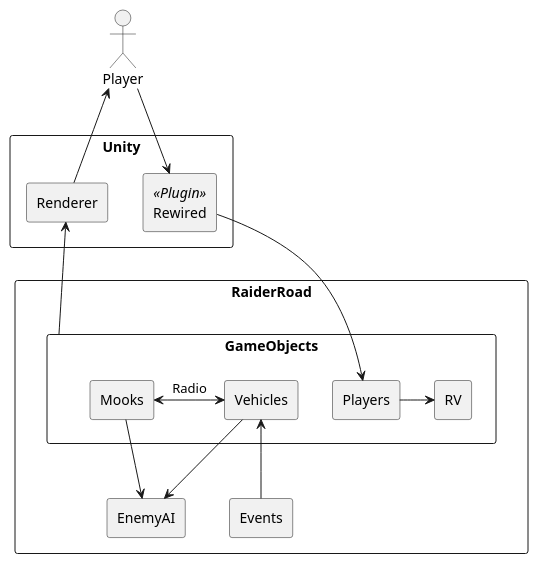
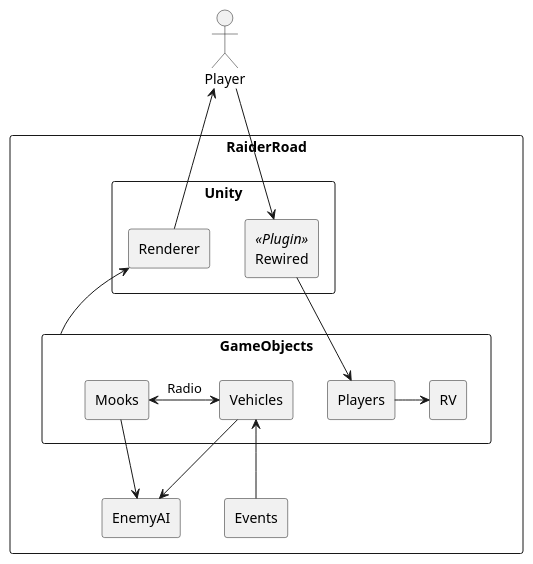
Before and after one commit to OutOfHandInteractive/RaiderRoad: the diagram in RaiderRoad/Assets/Scripts/docs/Architecture.puml, drawn with PlantUML.

Commit message:
Architecture Diagram updated

```diff
--- a/RaiderRoad/Assets/Scripts/docs/Architecture.puml
+++ b/RaiderRoad/Assets/Scripts/docs/Architecture.puml
@@ -1,33 +1,34 @@
 @startuml
 '' Architecture
 
 actor Player
 
-rectangle Unity {
-	rectangle Renderer
-	rectangle Rewired <<Plugin>>
-}
 
-Player --> Rewired
-Player <-- Renderer
 
 rectangle RaiderRoad {
+	rectangle Unity {
+		rectangle Renderer
+		rectangle Rewired <<Plugin>>
+	}
 	rectangle Events
 	rectangle GameObjects {
 		rectangle Players
 		rectangle RV
 		rectangle Mooks
 		rectangle Vehicles
 	}
 	rectangle EnemyAI
 }
 
+Player --> Rewired
+Player <-- Renderer
+
 Vehicles <-- Events
 Vehicles --> EnemyAI
 Mooks --> EnemyAI
 Renderer <-- GameObjects
 Rewired --> Players
 Players -> RV
 Mooks <-> Vehicles : Radio
 
 @enduml
```
